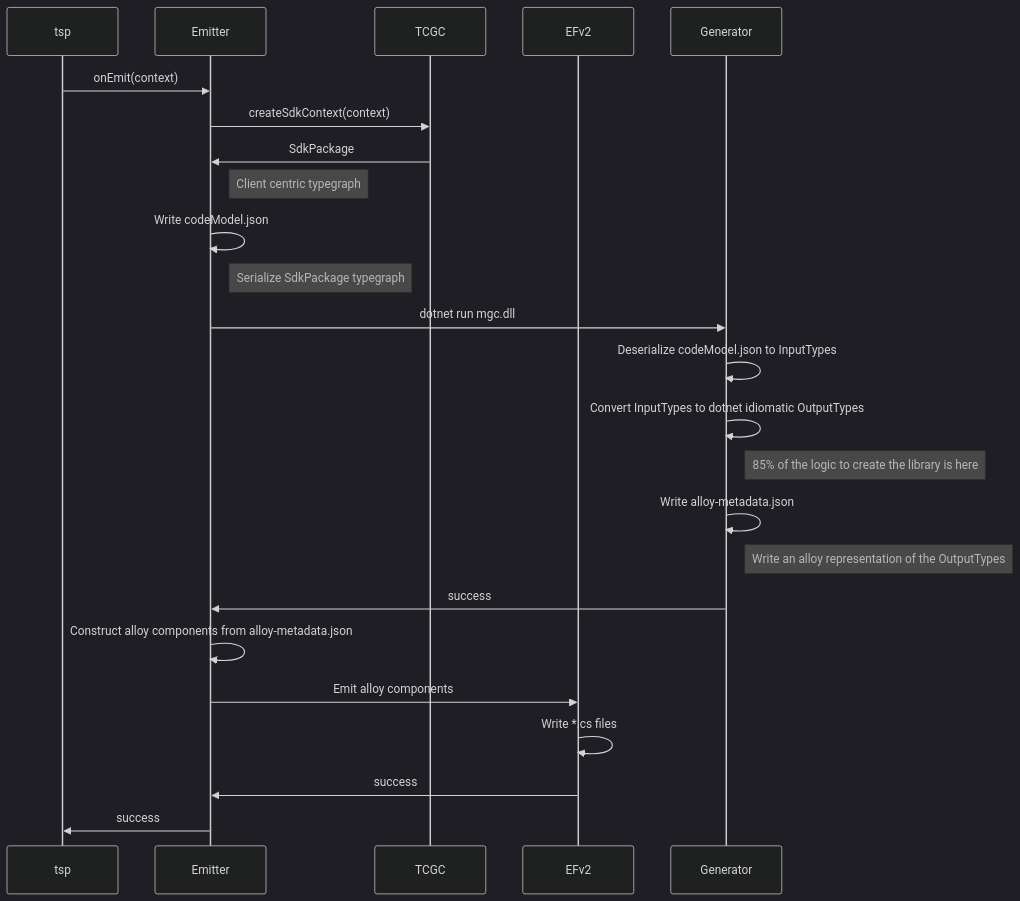
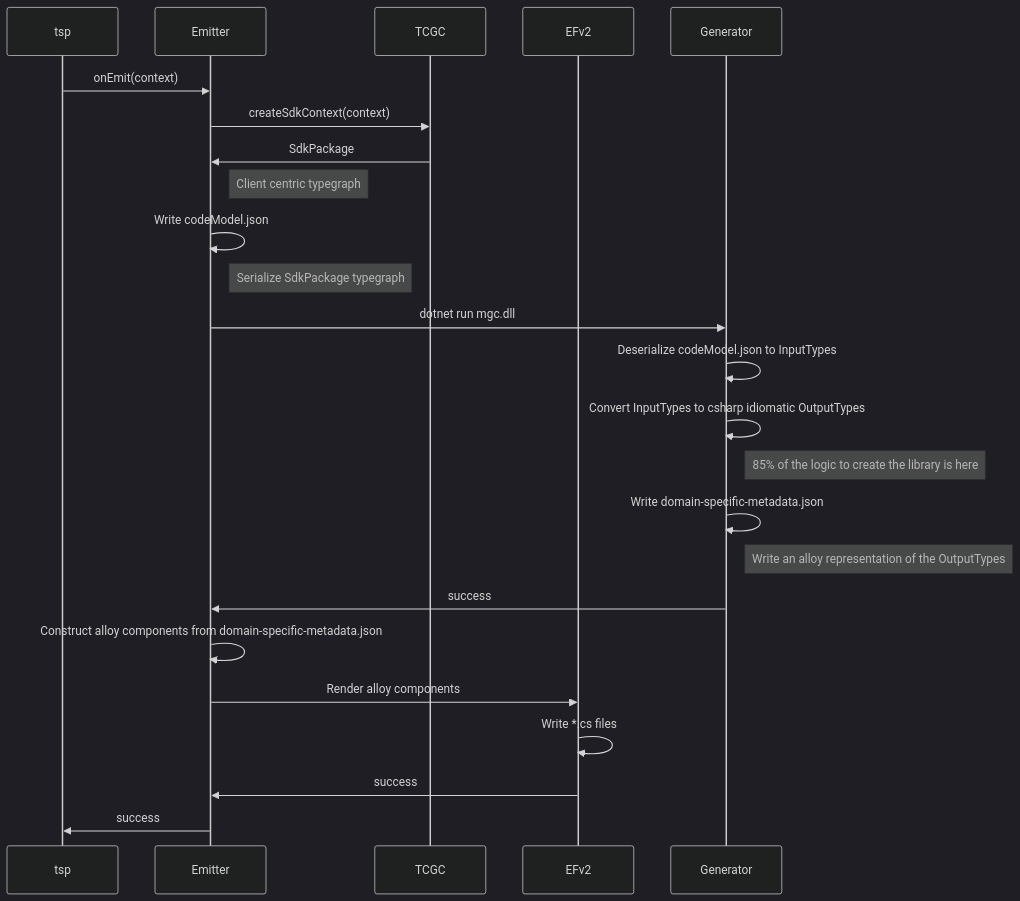
One commit to m-nash/typespec changed the second of 3 diagrams in packages/http-client-csharp/generator/docs/Efv2.md. Above: the diagram before and after it, drawn with Mermaid (dark theme). The commit also changed other lines of this file, not shown here.

````diff
--- a/packages/http-client-csharp/generator/docs/Efv2.md
+++ b/packages/http-client-csharp/generator/docs/Efv2.md
@@ -367,26 +374,26 @@
 ```mermaid
 sequenceDiagram
     participant A as tsp
     participant B as Emitter
     participant C as TCGC
     participant D as EFv2
     participant E as Generator
     A->>B: onEmit(context)
     B->>C: createSdkContext(context)
     C->>B: SdkPackage
     Note right of B: Client centric typegraph
     B->>B: Write codeModel.json
     Note right of B: Serialize SdkPackage typegraph
     B->>E: dotnet run mgc.dll
     E->>E: Deserialize codeModel.json to InputTypes
-    E->>E: Convert InputTypes to dotnet idiomatic OutputTypes
+    E->>E: Convert InputTypes to csharp idiomatic OutputTypes
     Note right of E: 85% of the logic to create the library is here
-    E->>E: Write alloy-metadata.json
+    E->>E: Write domain-specific-metadata.json
     Note right of E: Write an alloy representation of the OutputTypes
     E->>B: success
-    B->>B: Construct alloy components from alloy-metadata.json
-    B->>D: Emit alloy components
+    B->>B: Construct alloy components from domain-specific-metadata.json
+    B->>D: Render alloy components
     D->>D: Write *.cs files
     D->>B: success
     B->>A: success
 ```
````
